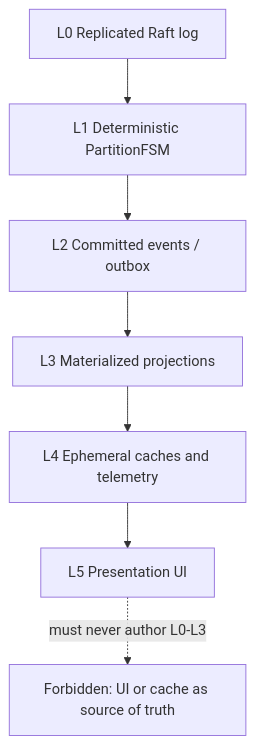
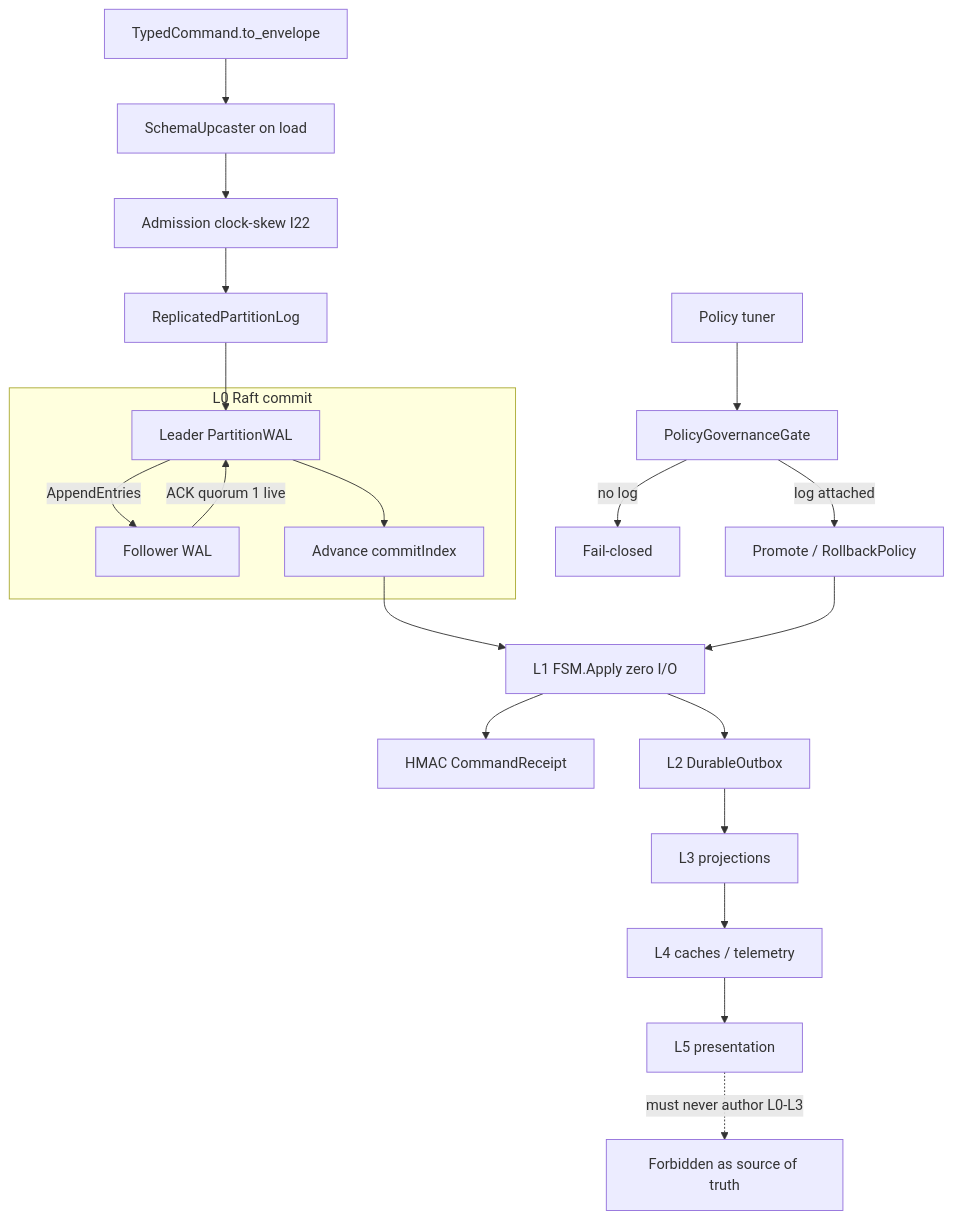
One commit to AviralGup7/Singularity-Zero changed the third of 12 diagrams in docs/flowchart.md. Above: the diagram before and after it, drawn with Mermaid. The commit also changed other lines of this file and 1 other file, not shown here.

First line of the commit message:
docs(flowchart): merge overlapping per-doc charts into survivor graphs

````diff
--- a/docs/flowchart.md
+++ b/docs/flowchart.md
@@ -121,9 +140,25 @@
 ```mermaid
-flowchart TB
-    L0["L0 Replicated Raft log"] --> L1["L1 Deterministic PartitionFSM"]
-    L1 --> L2["L2 Committed events / outbox"]
-    L2 --> L3["L3 Materialized projections"]
-    L3 --> L4["L4 Ephemeral caches and telemetry"]
-    L4 --> L5["L5 Presentation UI"]
-    L5 -.->|"must never author L0-L3"| Forbidden["Forbidden: UI or cache as source of truth"]
+flowchart TD
+    Typed["TypedCommand.to_envelope"] --> Up["SchemaUpcaster on load"]
+    Up --> Admit["Admission clock-skew I22"]
+    Admit --> Log["ReplicatedPartitionLog"]
+    subgraph Raft["L0 Raft commit"]
+        Leader["Leader PartitionWAL"]
+        F1["Follower WAL"]
+        Leader -->|"AppendEntries"| F1
+        F1 -->|"ACK quorum 1 live"| Leader
+        Leader --> Commit["Advance commitIndex"]
+    end
+    Log --> Leader
+    Commit --> Apply["L1 FSM.Apply zero I/O"]
+    Apply --> Receipt["HMAC CommandReceipt"]
+    Apply --> Outbox["L2 DurableOutbox"]
+    Outbox --> Proj["L3 projections"]
+    Proj --> Cache["L4 caches / telemetry"]
+    Cache --> UI["L5 presentation"]
+    UI -.->|"must never author L0-L3"| Forbidden["Forbidden as source of truth"]
+    Tuner["Policy tuner"] --> Gate["PolicyGovernanceGate"]
+    Gate -->|no log| Closed["Fail-closed"]
+    Gate -->|log attached| Promo["Promote / RollbackPolicy"]
+    Promo --> Apply
 ```
````
